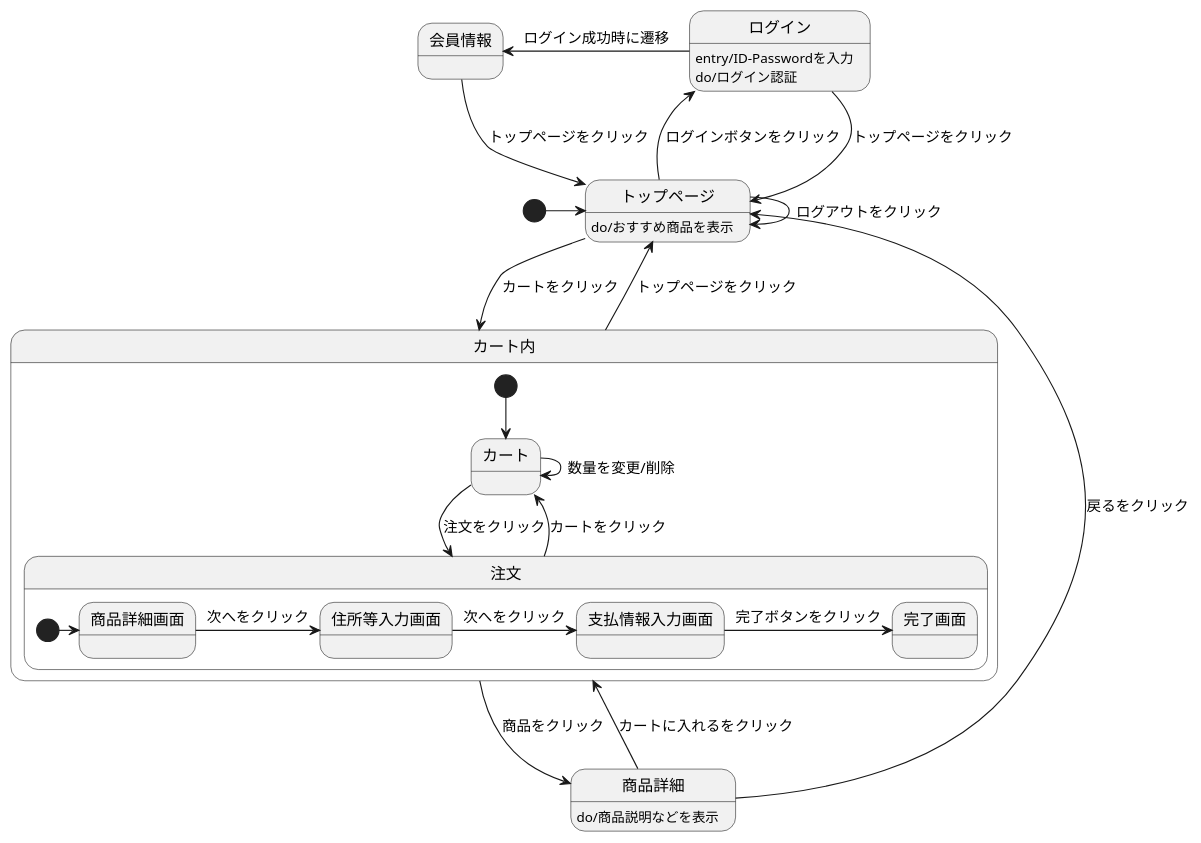
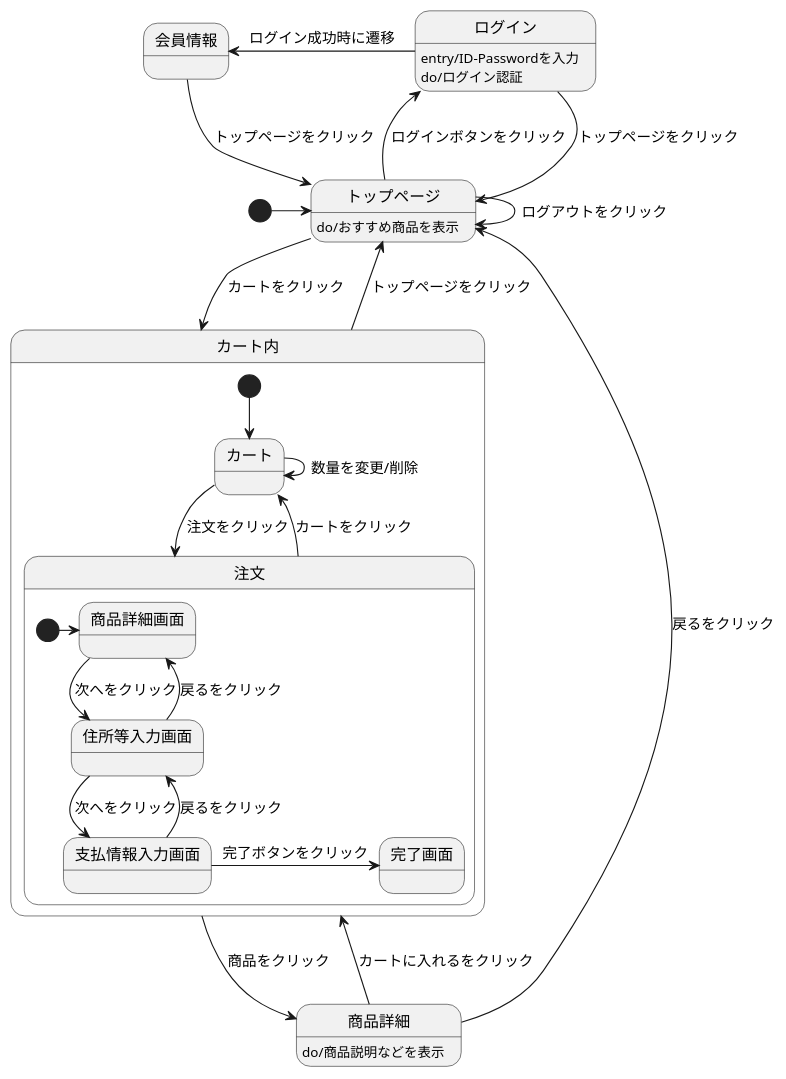
One commit to Aso2101121/2021sys-design-2 changed the diagram in orijinal.stw.md. Above: the diagram before and after it, drawn with PlantUML.

````diff
--- a/orijinal.stw.md
+++ b/orijinal.stw.md
@@ -1,32 +1,34 @@
 ```uml
 @startuml
 [*] -> トップページ
 トップページ : do/おすすめ商品を表示
 会員情報 --> トップページ : トップページをクリック
 ログイン --> トップページ : トップページをクリック
 トップページ --> トップページ : ログアウトをクリック
 トップページ -left-> ログイン : ログインボタンをクリック
 ログイン -left-> 会員情報 : ログイン成功時に遷移
 ログイン : entry/ID-Passwordを入力
 ログイン : do/ログイン認証
 トップページ --> カート内 : カートをクリック
 商品詳細 --> カート内 : カートに入れるをクリック
 商品詳細 --> トップページ : 戻るをクリック
 商品詳細 : do/商品説明などを表示
 カート内 -up-> トップページ : トップページをクリック
 カート内 -> 商品詳細 : 商品をクリック
 
 state カート内{
  [*] --> カート
  カート -> 注文 : 注文をクリック
  カート -> カート : 数量を変更/削除
  注文 --> カート : カートをクリック
  state 注文{
   [*] -> 商品詳細画面
   商品詳細画面 -> 住所等入力画面 : 次へをクリック
+  住所等入力画面 --> 商品詳細画面 : 戻るをクリック
   住所等入力画面 -> 支払情報入力画面 : 次へをクリック
+  支払情報入力画面 --> 住所等入力画面 : 戻るをクリック
   支払情報入力画面 -> 完了画面 : 完了ボタンをクリック
  }
 }
 @enduml
 ```
````
